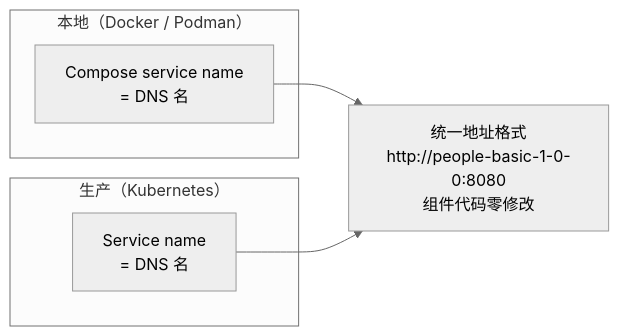
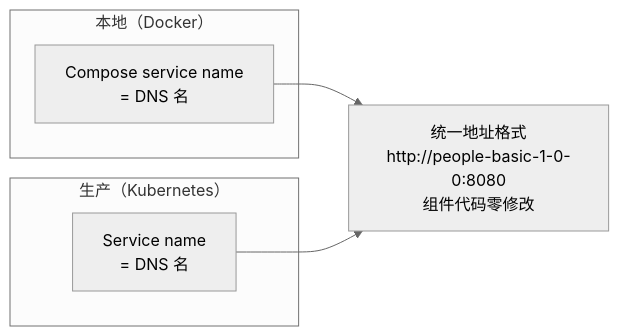
The second of 3 diagrams in design/001-平台理念与总体架构.md (brickKit/brickKit), drawn with Mermaid (neutral theme) before and after one commit. The commit also changed other lines of this file and 24 other files, not shown here.

````diff
--- a/design/001-平台理念与总体架构.md
+++ b/design/001-平台理念与总体架构.md
@@ -371,11 +371,11 @@
 ```mermaid
 flowchart LR
-    subgraph Local["本地（Docker / Podman）"]
+    subgraph Local["本地（Docker）"]
         L1["Compose service name<br/>= DNS 名"]
     end
     subgraph Prod["生产（Kubernetes）"]
         P1["Service name<br/>= DNS 名"]
     end
     L1 --> SAME["统一地址格式<br/>http://people-basic-1-0-0:8080<br/>组件代码零修改"]
     P1 --> SAME
 ```
````
